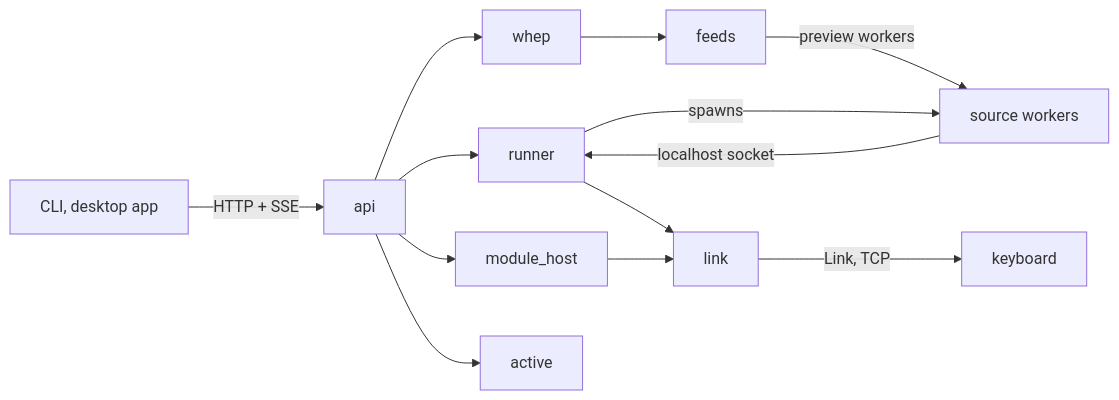
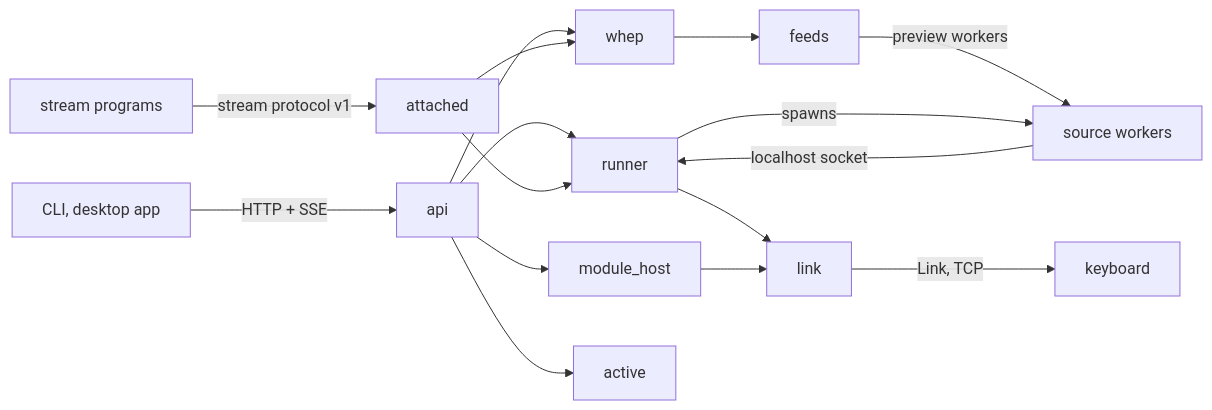
The diagram in crates/glassdeckd/README.md (TareHimself/glassdeck), drawn with Mermaid before and after one commit. The commit also changed other lines of this file and 32 other files, not shown here.

First line of the commit message:
Let programs attach named streams, and stream Wallpaper Engine as one

````diff
--- a/crates/glassdeckd/README.md
+++ b/crates/glassdeckd/README.md
@@ -5,14 +5,17 @@
 ```mermaid
 flowchart LR
   clients[CLI, desktop app] -- HTTP + SSE --> api[api]
   api --> runner[runner]
   api --> host[module_host]
   api --> whep[whep] --> feeds[feeds]
   feeds -- preview workers --> w
   api --> active[active]
   runner -- spawns --> w[source workers]
   w -- localhost socket --> runner
+  p[stream programs] -- stream protocol v1 --> attached[attached]
+  attached --> runner
+  attached --> whep
   runner --> link[link]
   host --> link
   link -- Link, TCP --> k[keyboard]
 ```
````
